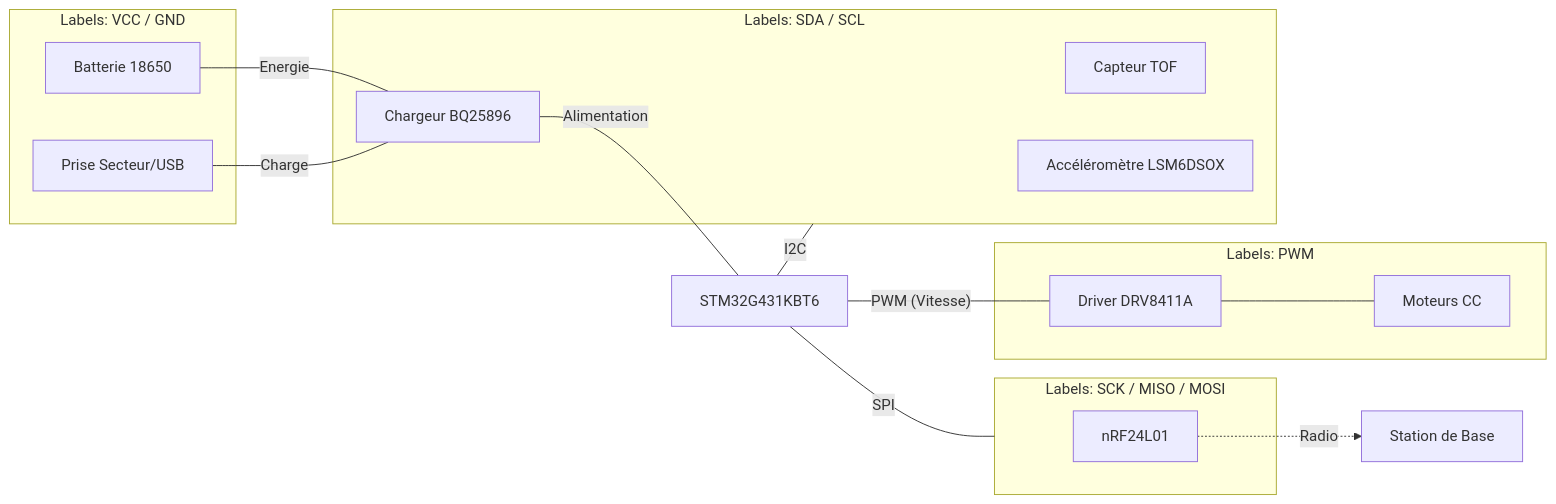
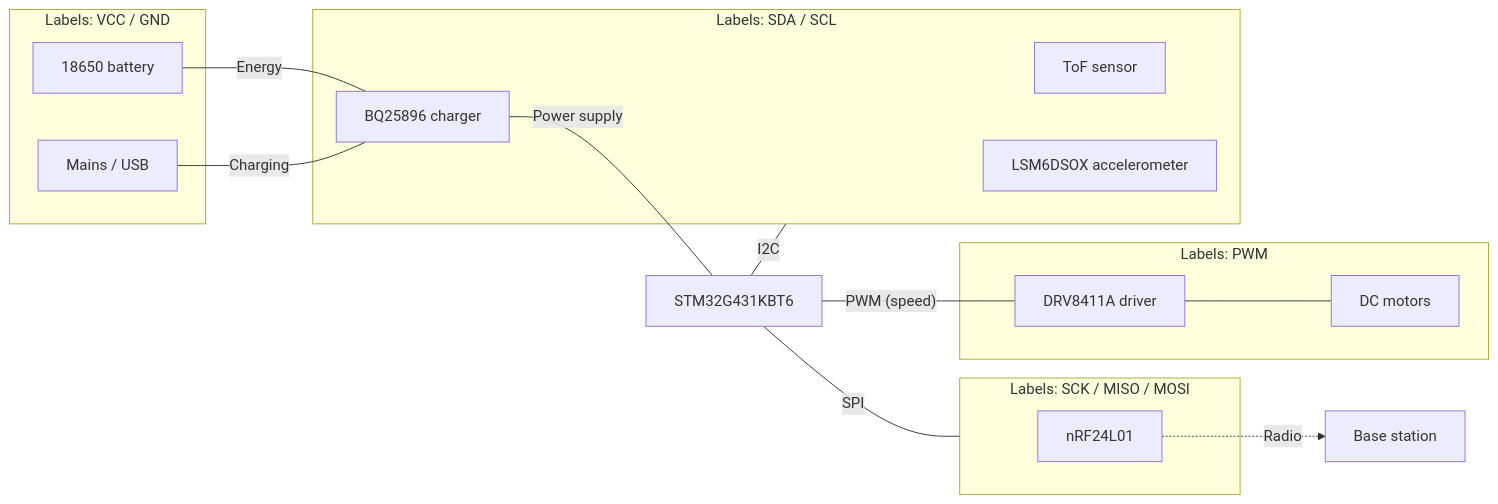
Before and after one commit to rahim974/2526_projet1a_pcbot1: the diagram in README.md, drawn with Mermaid. The commit also changed other lines of this file and 1 other file, not shown here.

````diff
--- a/README.md
+++ b/README.md
@@ -54,38 +72,35 @@
 ```mermaid
 graph LR
     MCU[STM32G431KBT6]
-    
+
     subgraph BUS_I2C [Labels: SDA / SCL]
-        TOF[Capteur TOF]
-        IMU[Accéléromètre LSM6DSOX]
-        BQ[Chargeur BQ25896]
+        TOF[ToF sensor]
+        IMU[LSM6DSOX accelerometer]
+        BQ[BQ25896 charger]
     end
 
-    
     subgraph BUS_SPI [Labels: SCK / MISO / MOSI]
         NRF[nRF24L01]
     end
 
     subgraph POWER [Labels: VCC / GND]
-        BAT[Batterie 18650]
-        USB[Prise Secteur/USB]
+        BAT[18650 battery]
+        USB[Mains / USB]
     end
 
-
     subgraph MOTORS [Labels: PWM]
-        DRV[Driver DRV8411A]
-        M1[Moteurs CC]
+        DRV[DRV8411A driver]
+        M1[DC motors]
     end
 
     MCU -- "I2C" --- BUS_I2C
     MCU -- "SPI" --- BUS_SPI
-    MCU -- "PWM (Vitesse)" --- DRV
+    MCU -- "PWM (speed)" --- DRV
     DRV --- M1
-    
-    USB -- "Charge" --- BQ
-    BAT -- "Energie" --- BQ
-    BQ -- "Alimentation" --- MCU
-    
 
-    NRF -. "Radio" .-> Station[Station de Base]
+    USB -- "Charging" --- BQ
+    BAT -- "Energy" --- BQ
+    BQ -- "Power supply" --- MCU
+
+    NRF -. "Radio" .-> Station[Base station]
 ```
````
